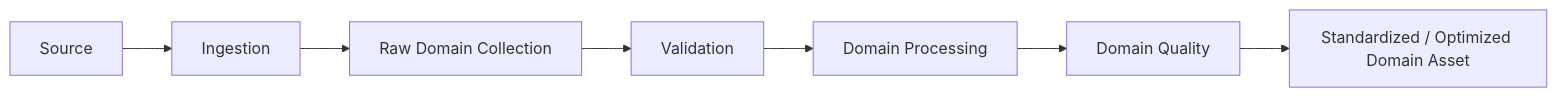
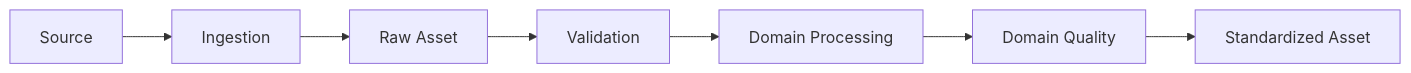
One commit to Thomas-Malchers/urban_ai_lab changed the first of 4 diagrams in docs/l2-domain-processing.md. Above: the diagram before and after it, drawn with Mermaid. The commit also changed other lines of this file and 4 other files, not shown here.

````diff
--- a/docs/l2-domain-processing.md
+++ b/docs/l2-domain-processing.md
@@ -5,6 +7,8 @@
 ```mermaid
 flowchart LR
-    S["Source"] --> I["Ingestion"] --> R["Raw Domain Collection"]
-    R --> V["Validation"] --> P["Domain Processing"]
-    P --> Q["Domain Quality"] --> O["Standardized / Optimized Domain Asset"]
+    S["Source"] --> I["Ingestion"] --> R["Raw Asset"]
+    R --> V["Validation"]
+    V --> P["Domain Processing"]
+    P --> Q["Domain Quality"]
+    Q --> O["Standardized Asset"]
 ```
````
